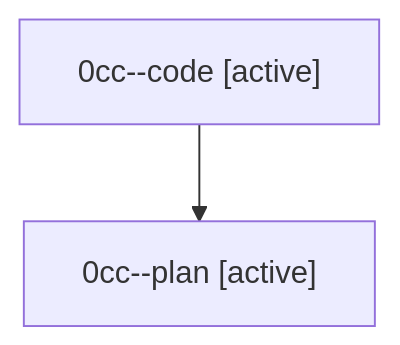
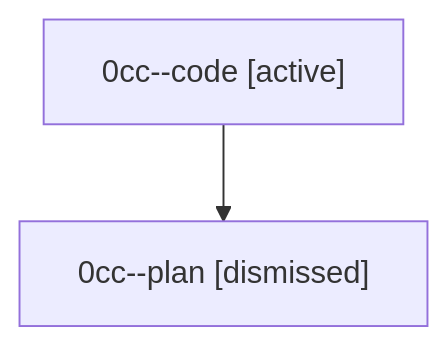
One commit to sase-org/sase--agents changed the diagram in sessions/bbugyi200.athena.0cc.md. Above: the diagram before and after it, drawn with Mermaid. The commit also changed other lines of this file and 17 other files, not shown here.

````diff
--- a/sessions/bbugyi200.athena.0cc.md
+++ b/sessions/bbugyi200.athena.0cc.md
@@ -9,6 +9,6 @@
 ```mermaid
 flowchart TD
   n0["0cc--code [active]"]
-  n1["0cc--plan [active]"]
+  n1["0cc--plan [dismissed]"]
   n0 --> n1
 ```
````
